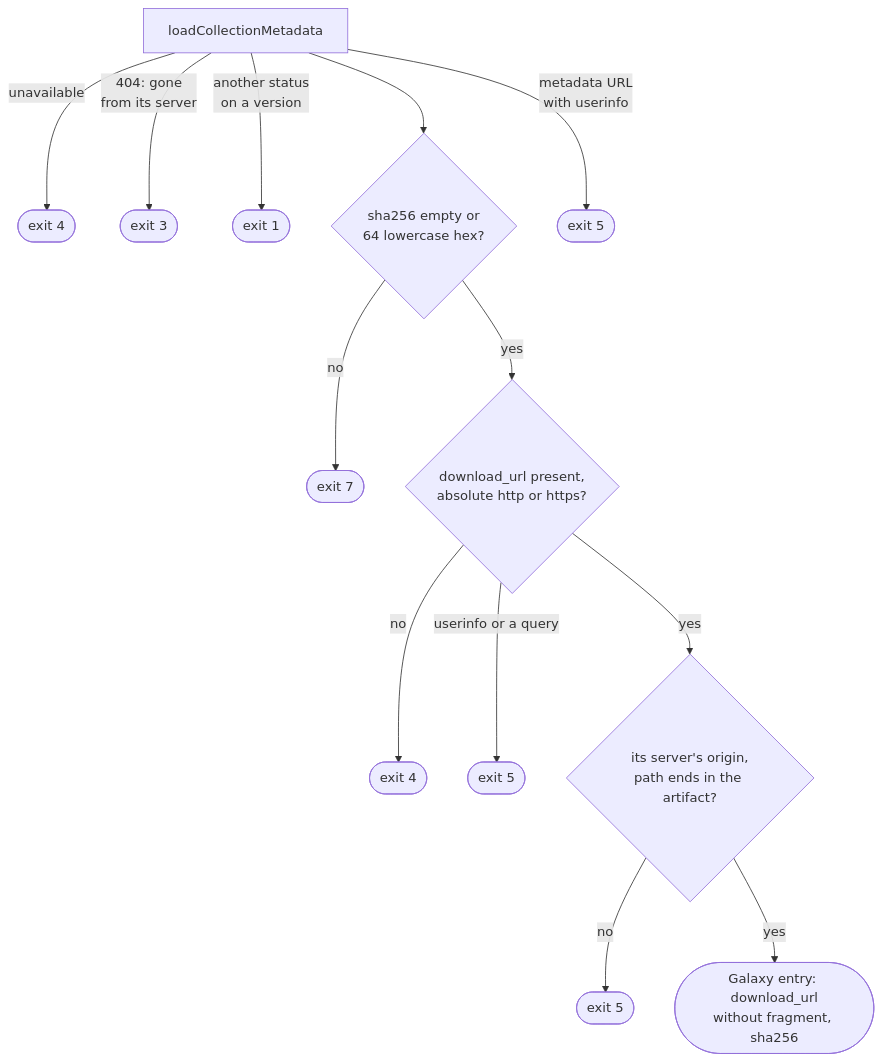
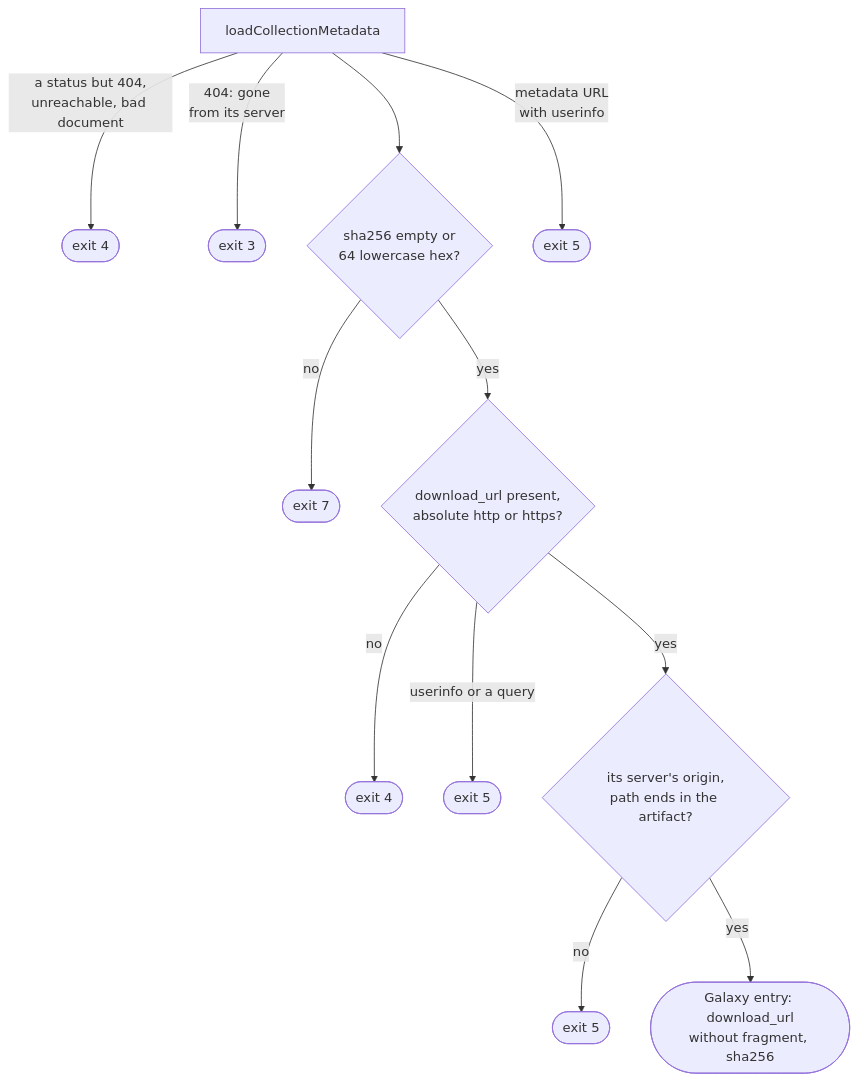
Before and after one commit to greeddj/go-galaxy: the third of 4 diagrams in docs/internals/flow-lock.md, drawn with Mermaid. The commit also changed other lines of this file and 25 other files, not shown here.

````diff
--- a/docs/internals/flow-lock.md
+++ b/docs/internals/flow-lock.md
@@ -54,15 +54,14 @@
 ```mermaid
 flowchart TD
-  B7["loadCollectionMetadata"] -->|"unavailable"| X4(["exit 4"])
+  B7["loadCollectionMetadata"] -->|"a status but 404,<br/>unreachable, bad document"| X4(["exit 4"])
   B7 -->|"404: gone<br/>from its server"| X3(["exit 3"])
-  B7 -->|"another status<br/>on a version"| X1(["exit 1"])
   B7 --> B8{"sha256 empty or<br/>64 lowercase hex?"}
   B7 -->|"metadata URL<br/>with userinfo"| X5(["exit 5"])
   B8 -->|"no"| X7(["exit 7"])
   B8 -->|"yes"| B9{"download_url present,<br/>absolute http or https?"}
   B9 -->|"no"| X4B(["exit 4"])
   B9 -->|"userinfo or a query"| X5B(["exit 5"])
   B9 -->|"yes"| B10{"its server's origin,<br/>path ends in the artifact?"}
   B10 -->|"no"| X5C(["exit 5"])
   B10 -->|"yes"| B13(["Galaxy entry: download_url<br/>without fragment, sha256"])
 ```
````
